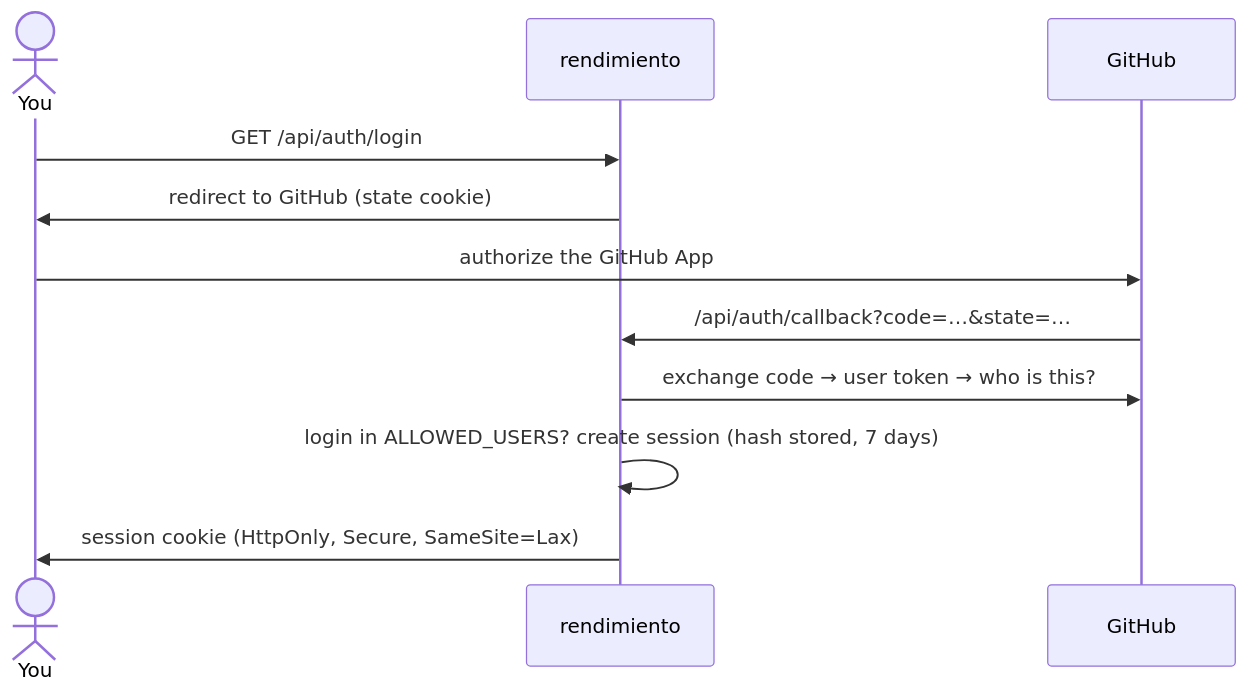
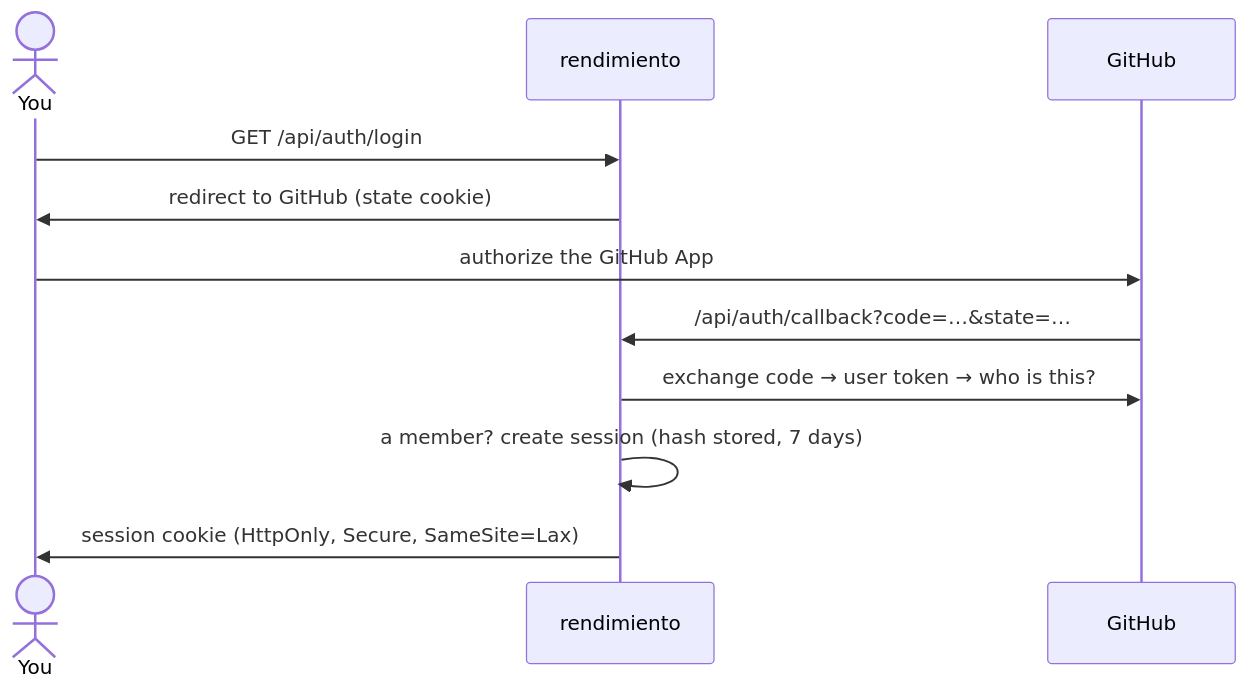
The first of 3 diagrams in docs/content/architecture/api-ui.md (p0dxD/rendimiento.ai), drawn with Mermaid before and after one commit. The commit also changed other lines of this file and 31 other files, not shown here.

````diff
--- a/docs/content/architecture/api-ui.md
+++ b/docs/content/architecture/api-ui.md
@@ -19,13 +19,13 @@
 ```mermaid
 sequenceDiagram
     actor You
     participant R as rendimiento
     participant G as GitHub
     You->>R: GET /api/auth/login
     R->>You: redirect to GitHub (state cookie)
     You->>G: authorize the GitHub App
     G->>R: /api/auth/callback?code=…&state=…
     R->>G: exchange code → user token → who is this?
-    R->>R: login in ALLOWED_USERS? create session (hash stored, 7 days)
+    R->>R: a member? create session (hash stored, 7 days)
     R->>You: session cookie (HttpOnly, Secure, SameSite=Lax)
 ```
````
